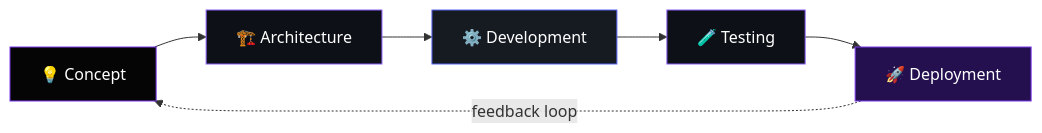
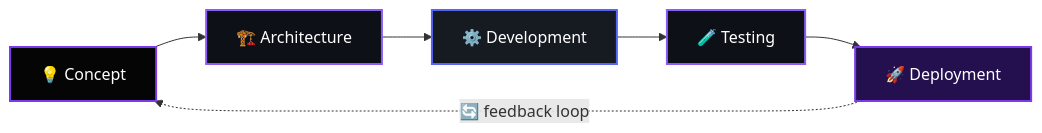
One commit to TripleN-Og/TripleN changed the diagram in README.md. Above: the diagram before and after it, drawn with Mermaid. The commit also changed other lines of this file, not shown here.

````diff
--- a/README.md
+++ b/README.md
@@ -66,14 +68,14 @@
 ```mermaid
 flowchart LR
     A["💡 Concept"] --> B["🏗️ Architecture"]
     B --> C["⚙️ Development"]
     C --> D["🧪 Testing"]
     D --> E["🚀 Deployment"]
-    E -.->|"feedback loop"| A
+    E -.->|"🔄 feedback loop"| A
 
-    style A fill:#050505,stroke:#7C3AED,color:#fff
-    style B fill:#0D1117,stroke:#8B5CF6,color:#fff
-    style C fill:#161B22,stroke:#5865F2,color:#fff
-    style D fill:#0D1117,stroke:#8B5CF6,color:#fff
-    style E fill:#24104F,stroke:#7C3AED,color:#fff
+    style A fill:#050505,stroke:#7C3AED,color:#fff,stroke-width:2px
+    style B fill:#0D1117,stroke:#8B5CF6,color:#fff,stroke-width:2px
+    style C fill:#161B22,stroke:#5865F2,color:#fff,stroke-width:2px
+    style D fill:#0D1117,stroke:#8B5CF6,color:#fff,stroke-width:2px
+    style E fill:#24104F,stroke:#7C3AED,color:#fff,stroke-width:2px
 ```
````
